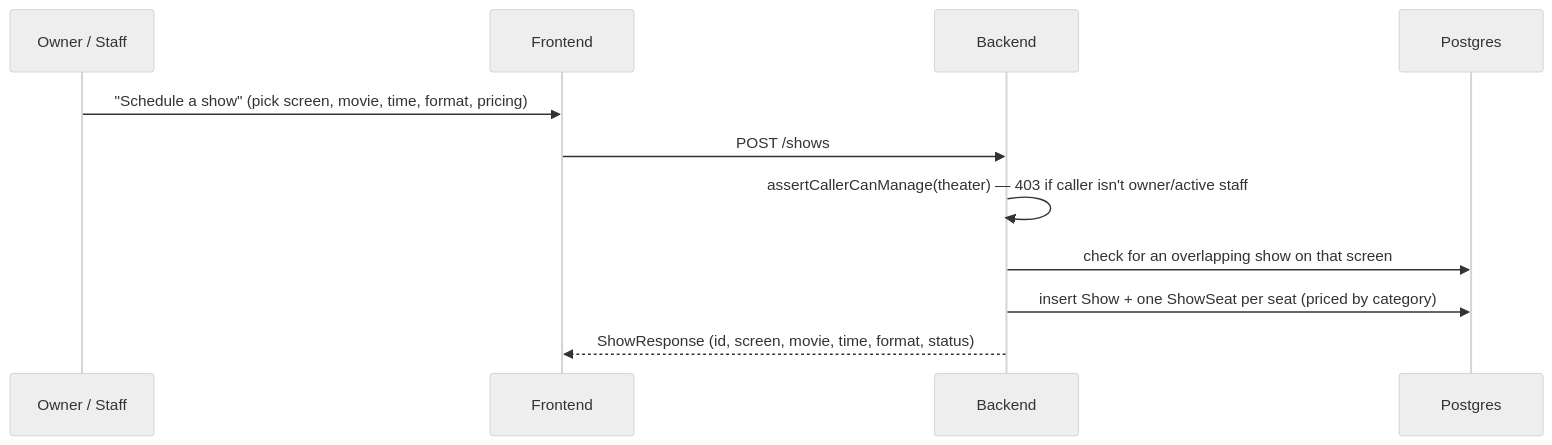
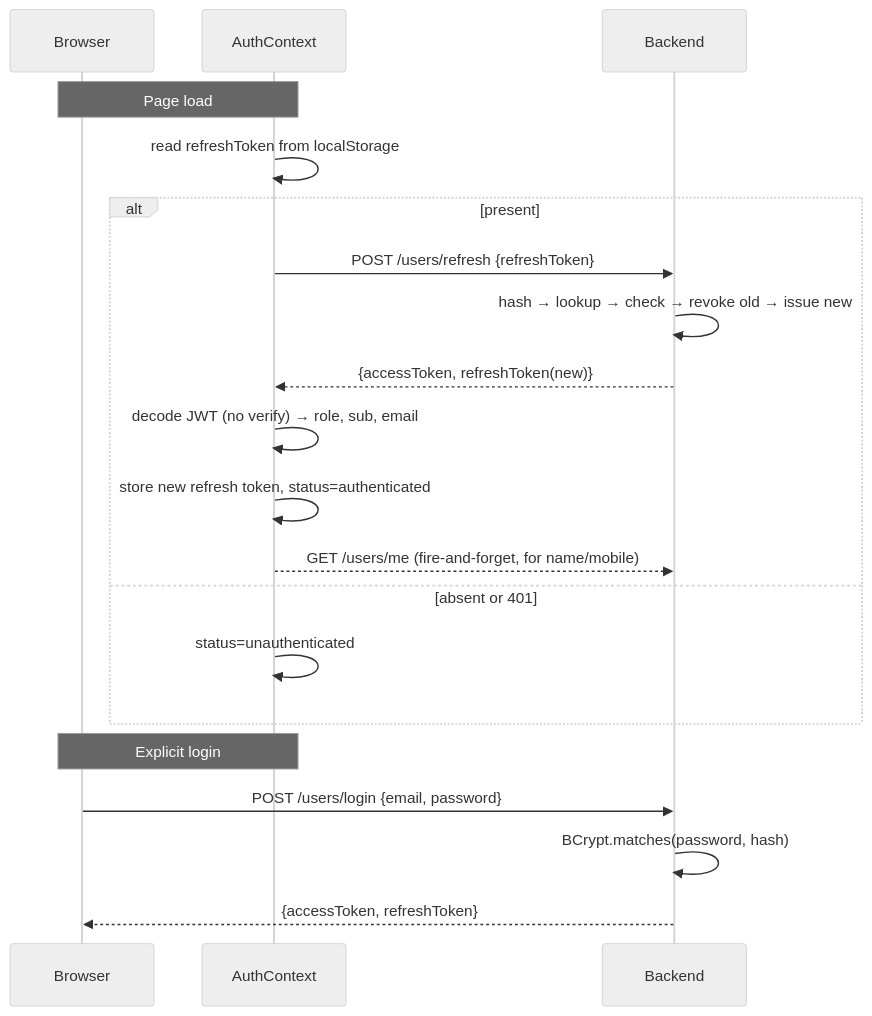
One commit to prabh1805/showtime changed the sixth of 10 diagrams in ARCHITECTURE.md. Above: the diagram before and after it, drawn with Mermaid (neutral theme). The commit also changed other lines of this file, not shown here.

First line of the commit message:
Rewrite ARCHITECTURE.md as a full architecture and interview guide

````diff
--- a/ARCHITECTURE.md
+++ b/ARCHITECTURE.md
@@ -108,14 +441,24 @@
 ```mermaid
 sequenceDiagram
-    participant O as Owner / Staff
-    participant FE as Frontend
-    participant BE as Backend
-    participant PG as Postgres
+    participant B as Browser
+    participant A as AuthContext
+    participant API as Backend
 
-    O->>FE: "Schedule a show" (pick screen, movie, time, format, pricing)
-    FE->>BE: POST /shows
-    BE->>BE: assertCallerCanManage(theater) — 403 if caller isn't owner/active staff
-    BE->>PG: check for an overlapping show on that screen
-    BE->>PG: insert Show + one ShowSeat per seat (priced by category)
-    BE-->>FE: ShowResponse (id, screen, movie, time, format, status)
+    Note over B,A: Page load
+    A->>A: read refreshToken from localStorage
+    alt present
+        A->>API: POST /users/refresh {refreshToken}
+        API->>API: hash → lookup → check → revoke old → issue new
+        API-->>A: {accessToken, refreshToken(new)}
+        A->>A: decode JWT (no verify) → role, sub, email
+        A->>A: store new refresh token, status=authenticated
+        A-->>API: GET /users/me (fire-and-forget, for name/mobile)
+    else absent or 401
+        A->>A: status=unauthenticated
+    end
+
+    Note over B,A: Explicit login
+    B->>API: POST /users/login {email, password}
+    API->>API: BCrypt.matches(password, hash)
+    API-->>B: {accessToken, refreshToken}
 ```
````
